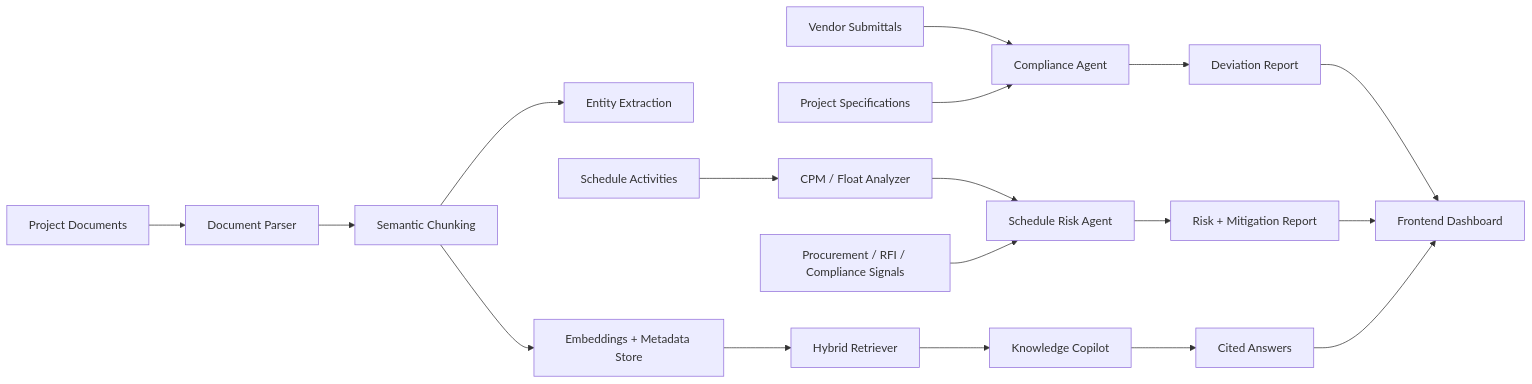
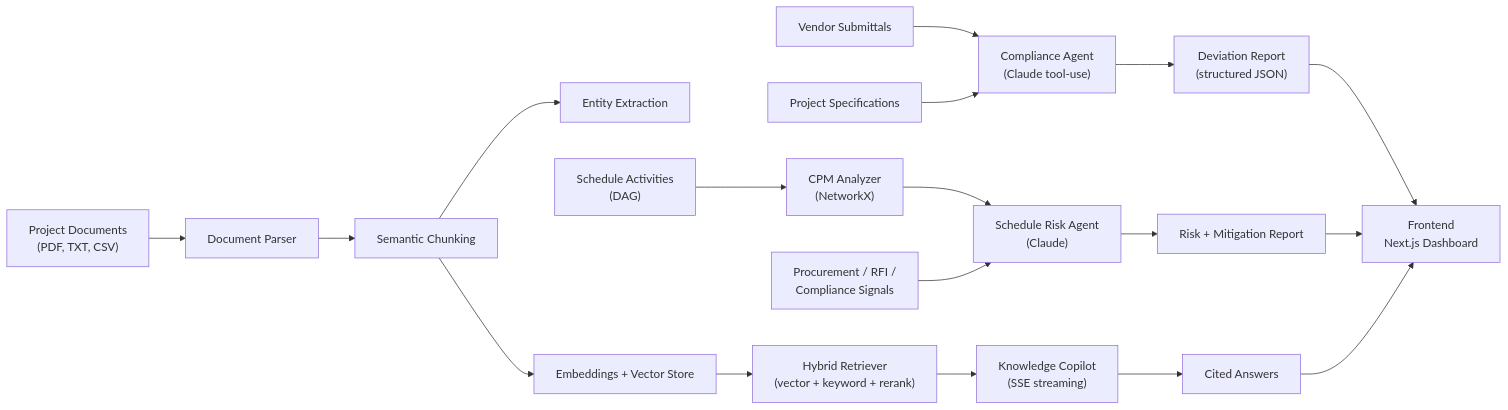
The diagram in README.md (tanisinghal0209/ai-hackathon-2026), drawn with Mermaid before and after one commit. The commit also changed other lines of this file, not shown here.

````diff
--- a/README.md
+++ b/README.md
@@ -71,24 +75,24 @@
 ```mermaid
 flowchart LR
-    A["Project Documents"] --> B["Document Parser"]
+    A["Project Documents\n(PDF, TXT, CSV)"] --> B["Document Parser"]
     B --> C["Semantic Chunking"]
     C --> D["Entity Extraction"]
-    C --> E["Embeddings + Metadata Store"]
+    C --> E["Embeddings + Vector Store"]
 
-    F["Vendor Submittals"] --> G["Compliance Agent"]
+    F["Vendor Submittals"] --> G["Compliance Agent\n(Claude tool-use)"]
     H["Project Specifications"] --> G
-    G --> I["Deviation Report"]
+    G --> I["Deviation Report\n(structured JSON)"]
 
-    J["Schedule Activities"] --> K["CPM / Float Analyzer"]
-    K --> L["Schedule Risk Agent"]
-    M["Procurement / RFI / Compliance Signals"] --> L
+    J["Schedule Activities\n(DAG)"] --> K["CPM Analyzer\n(NetworkX)"]
+    K --> L["Schedule Risk Agent\n(Claude)"]
+    M["Procurement / RFI /\nCompliance Signals"] --> L
     L --> N["Risk + Mitigation Report"]
 
-    E --> O["Hybrid Retriever"]
-    O --> P["Knowledge Copilot"]
+    E --> O["Hybrid Retriever\n(vector + keyword + rerank)"]
+    O --> P["Knowledge Copilot\n(SSE streaming)"]
     P --> Q["Cited Answers"]
 
-    I --> R["Frontend Dashboard"]
+    I --> R["Frontend\nNext.js Dashboard"]
     N --> R
     Q --> R
 ```
````
